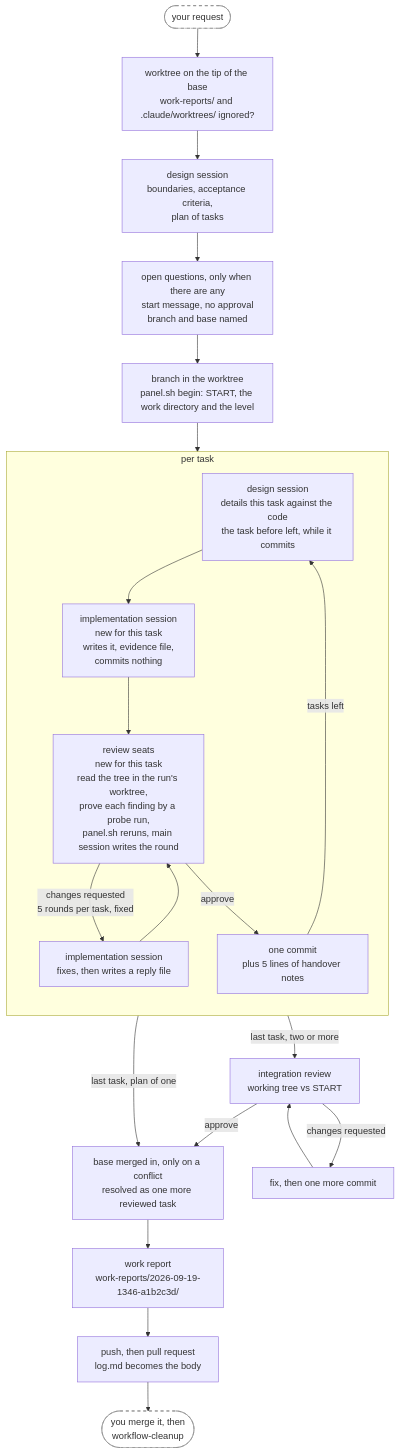
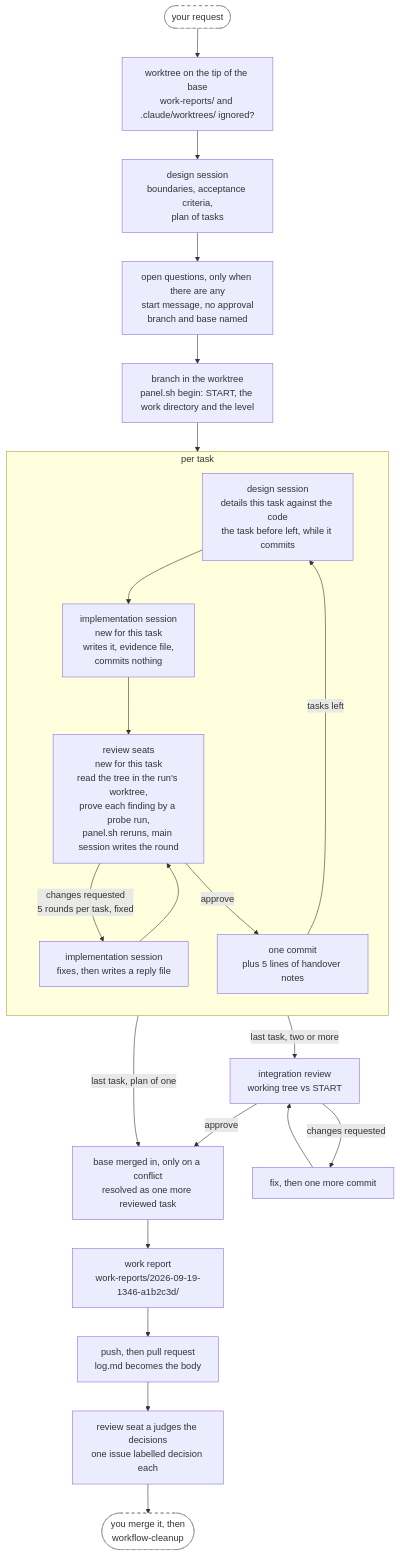
The second of 4 diagrams in plugins/annetaan/README.md (annetaan/claude-plugins), drawn with Mermaid before and after one commit. The commit also changed other lines of this file and 11 other files, not shown here.

First line of the commit message:
File the design decisions as issues at the workflow finish

````diff
--- a/plugins/annetaan/README.md
+++ b/plugins/annetaan/README.md
@@ -168,33 +168,33 @@
 ```mermaid
 flowchart TD
     req(["your request"]) --> wt["worktree on the tip of the base<br/>work-reports/ and .claude/worktrees/ ignored?"] --> design["design session<br/>boundaries, acceptance criteria,<br/>plan of tasks"]
     design --> ask["open questions, only when there are any<br/>start message, no approval<br/>branch and base named"]
     ask --> setup["branch in the worktree<br/>panel.sh begin: START, the work directory and the level"]
     setup --> detail
 
     subgraph task["per task"]
         direction TB
         detail["design session<br/>details this task against the code<br/>the task before left, while it commits"]
         impl["implementation session<br/>new for this task<br/>writes it, evidence file,<br/>commits nothing"]
         review["review seats<br/>new for this task<br/>read the tree in the run's worktree,<br/>prove each finding by a probe run,<br/>panel.sh reruns, main session writes the round"]
         respond["implementation session<br/>fixes, then writes a reply file"]
         commit["one commit<br/>plus 5 lines of handover notes"]
         detail --> impl --> review
         review -->|"changes requested<br/>5 rounds per task, fixed"| respond
         respond --> review
         review -->|approve| commit
         commit -->|tasks left| detail
     end
 
     commit -->|"last task, two or more"| integ["integration review<br/>working tree vs START"]
     commit -->|"last task, plan of one"| sync
     integ -->|changes requested| integfix["fix, then one more commit"]
     integfix --> integ
     integ -->|approve| sync["base merged in, only on a conflict<br/>resolved as one more reviewed task"]
     sync --> report["work report<br/>work-reports/2026-09-19-1346-a1b2c3d/"]
     report --> pr["push, then pull request<br/>log.md becomes the body"]
-    pr --> clean(["you merge it, then<br/>workflow-cleanup"])
+    pr --> decisions["review seat a judges the decisions<br/>one issue labelled decision each"] --> clean(["you merge it, then<br/>workflow-cleanup"])
 
     classDef human fill:#fff,stroke:#888,stroke-dasharray: 5 5
     class req,clean human
 ```
````
